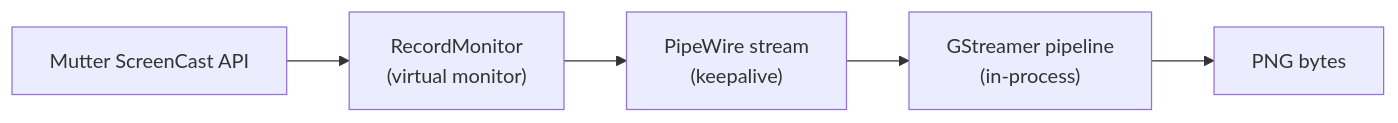
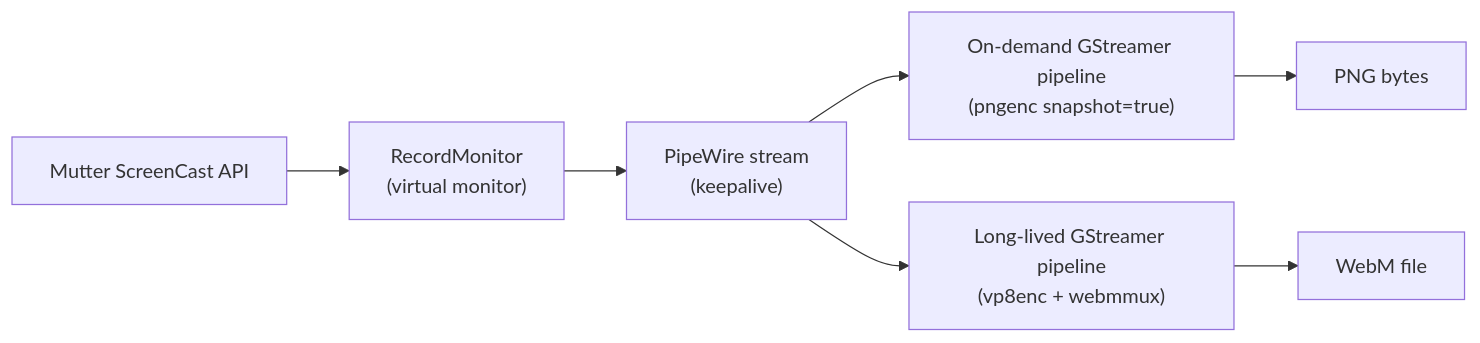
The third of 3 diagrams in README.md (BohdanTkachenko/waydriver), drawn with Mermaid before and after one commit. The commit also changed other lines of this file and 8 other files, not shown here.

````diff
--- a/README.md
+++ b/README.md
@@ -375,10 +380,14 @@
 ```mermaid
 graph LR
     screencast["Mutter ScreenCast API"]
     monitor["RecordMonitor\n(virtual monitor)"]
     pipewire["PipeWire stream\n(keepalive)"]
-    gst["GStreamer pipeline\n(in-process)"]
+    gst_shot["On-demand GStreamer pipeline\n(pngenc snapshot=true)"]
+    gst_rec["Long-lived GStreamer pipeline\n(vp8enc + webmmux)"]
     png["PNG bytes"]
+    webm["WebM file"]
 
-    screencast --> monitor --> pipewire --> gst --> png
+    screencast --> monitor --> pipewire
+    pipewire --> gst_shot --> png
+    pipewire --> gst_rec --> webm
 ```
````
